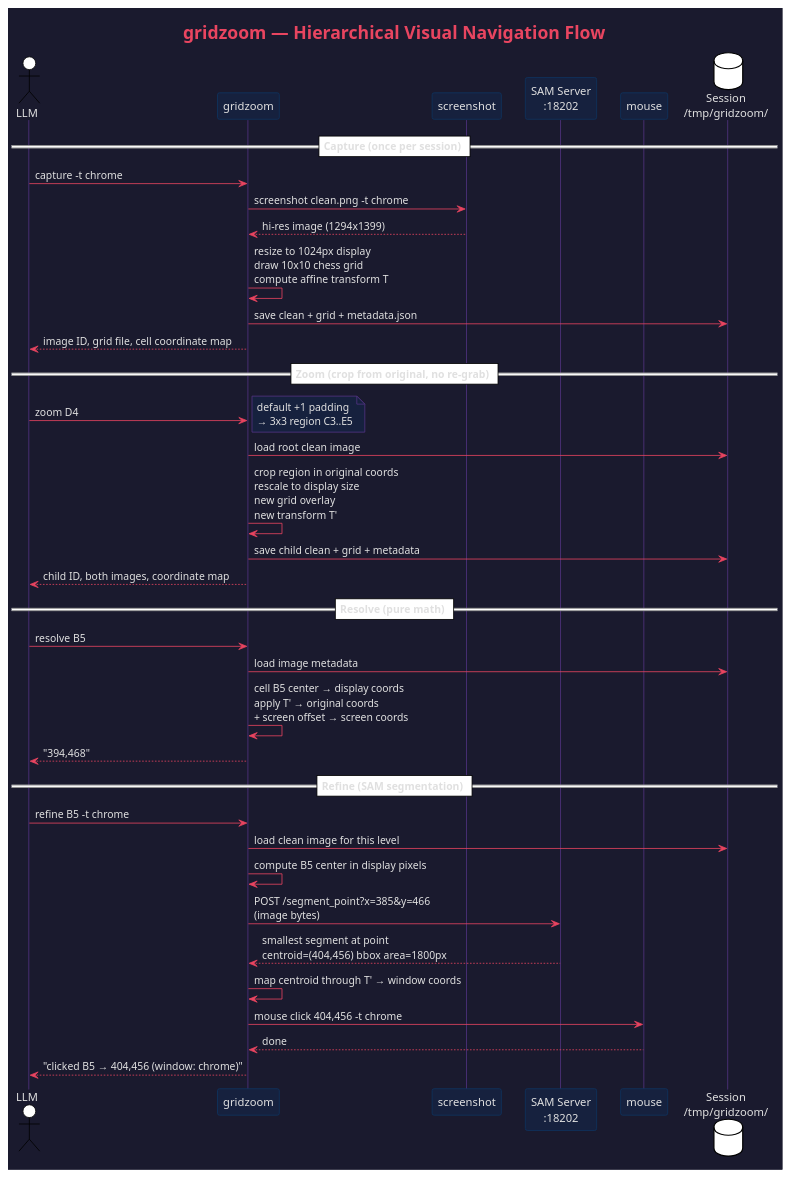
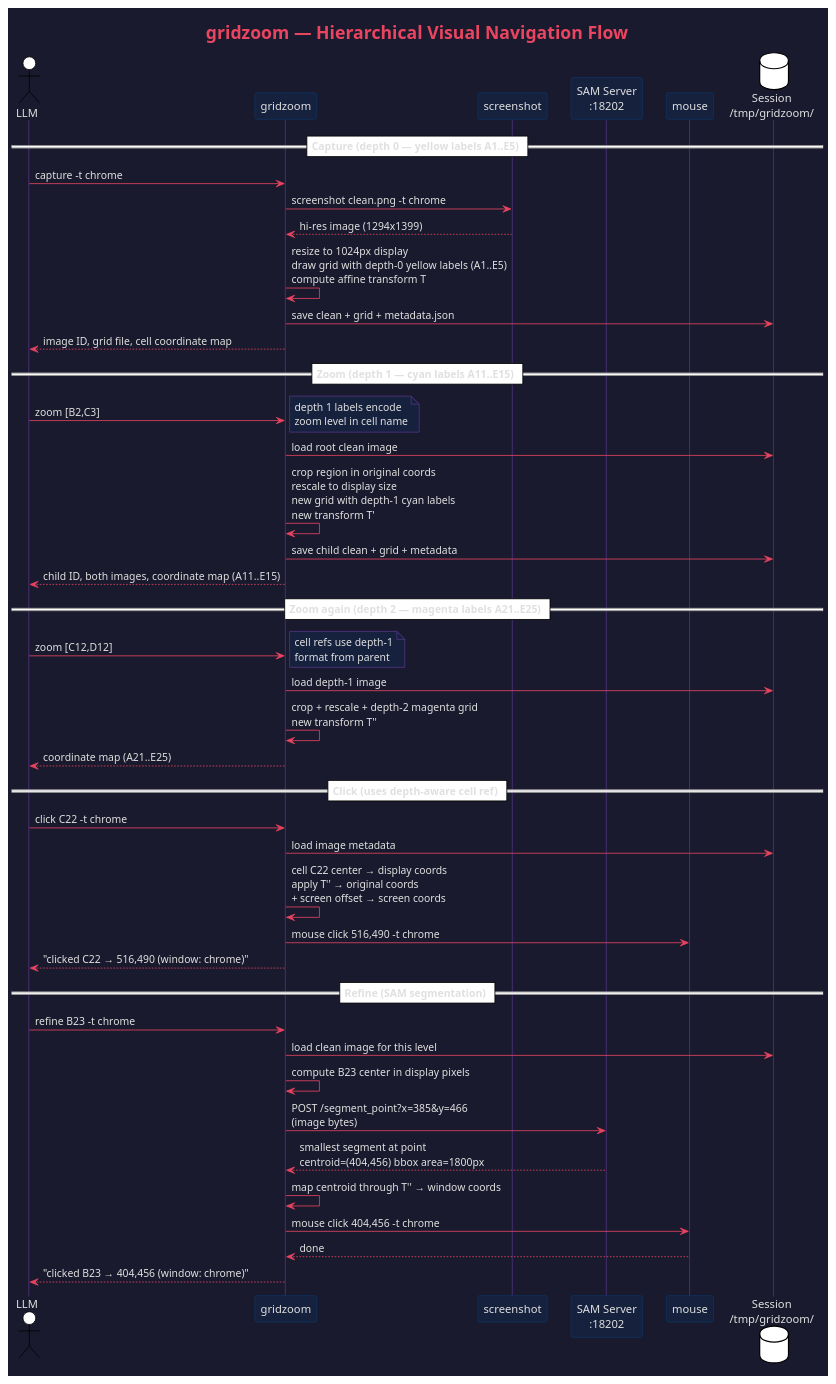
Before and after one commit to gradusnikov/wsl-ui-automation: the diagram in docs/diagrams/gridzoom_flow.puml, drawn with PlantUML. The commit also changed 3 other files, not shown here.

```diff
--- a/docs/diagrams/gridzoom_flow.puml
+++ b/docs/diagrams/gridzoom_flow.puml
@@ -1,56 +1,64 @@
 @startuml gridzoom_flow
 !theme plain
 skinparam backgroundColor #1a1a2e
 skinparam defaultFontColor #e0e0e0
 skinparam sequenceParticipantBackgroundColor #16213e
 skinparam sequenceParticipantBorderColor #0f3460
 skinparam sequenceArrowColor #e94560
 skinparam sequenceLifeLineBorderColor #533483
 skinparam sequenceGroupBackgroundColor #0f3460
 skinparam noteBackgroundColor #16213e
 skinparam noteBorderColor #533483
 skinparam titleFontColor #e94560
 
 title gridzoom — Hierarchical Visual Navigation Flow
 
 actor LLM
 participant "gridzoom" as gz
 participant "screenshot" as ss
 participant "SAM Server\n:18202" as sam
 participant "mouse" as m
 database "Session\n/tmp/gridzoom/" as db
 
-== Capture (once per session) ==
+== Capture (depth 0 — yellow labels A1..E5) ==
 LLM -> gz: capture -t chrome
 gz -> ss: screenshot clean.png -t chrome
 ss --> gz: hi-res image (1294x1399)
-gz -> gz: resize to 1024px display\ndraw 10x10 chess grid\ncompute affine transform T
+gz -> gz: resize to 1024px display\ndraw grid with depth-0 yellow labels (A1..E5)\ncompute affine transform T
 gz -> db: save clean + grid + metadata.json
 gz --> LLM: image ID, grid file, cell coordinate map
 
-== Zoom (crop from original, no re-grab) ==
-LLM -> gz: zoom D4
-note right: default +1 padding\n→ 3x3 region C3..E5
+== Zoom (depth 1 — cyan labels A11..E15) ==
+LLM -> gz: zoom [B2,C3]
+note right: depth 1 labels encode\nzoom level in cell name
 gz -> db: load root clean image
-gz -> gz: crop region in original coords\nrescale to display size\nnew grid overlay\nnew transform T'
+gz -> gz: crop region in original coords\nrescale to display size\nnew grid with depth-1 cyan labels\nnew transform T'
 gz -> db: save child clean + grid + metadata
-gz --> LLM: child ID, both images, coordinate map
+gz --> LLM: child ID, both images, coordinate map (A11..E15)
 
-== Resolve (pure math) ==
-LLM -> gz: resolve B5
+== Zoom again (depth 2 — magenta labels A21..E25) ==
+LLM -> gz: zoom [C12,D12]
+note right: cell refs use depth-1\nformat from parent
+gz -> db: load depth-1 image
+gz -> gz: crop + rescale + depth-2 magenta grid\nnew transform T''
+gz --> LLM: coordinate map (A21..E25)
+
+== Click (uses depth-aware cell ref) ==
+LLM -> gz: click C22 -t chrome
 gz -> db: load image metadata
-gz -> gz: cell B5 center → display coords\napply T' → original coords\n+ screen offset → screen coords
-gz --> LLM: "394,468"
+gz -> gz: cell C22 center → display coords\napply T'' → original coords\n+ screen offset → screen coords
+gz -> m: mouse click 516,490 -t chrome
+gz --> LLM: "clicked C22 → 516,490 (window: chrome)"
 
 == Refine (SAM segmentation) ==
-LLM -> gz: refine B5 -t chrome
+LLM -> gz: refine B23 -t chrome
 gz -> db: load clean image for this level
-gz -> gz: compute B5 center in display pixels
+gz -> gz: compute B23 center in display pixels
 gz -> sam: POST /segment_point?x=385&y=466\n(image bytes)
 sam --> gz: smallest segment at point\ncentroid=(404,456) bbox area=1800px
-gz -> gz: map centroid through T' → window coords
+gz -> gz: map centroid through T'' → window coords
 gz -> m: mouse click 404,456 -t chrome
 m --> gz: done
-gz --> LLM: "clicked B5 → 404,456 (window: chrome)"
+gz --> LLM: "clicked B23 → 404,456 (window: chrome)"
 
 @enduml
```
